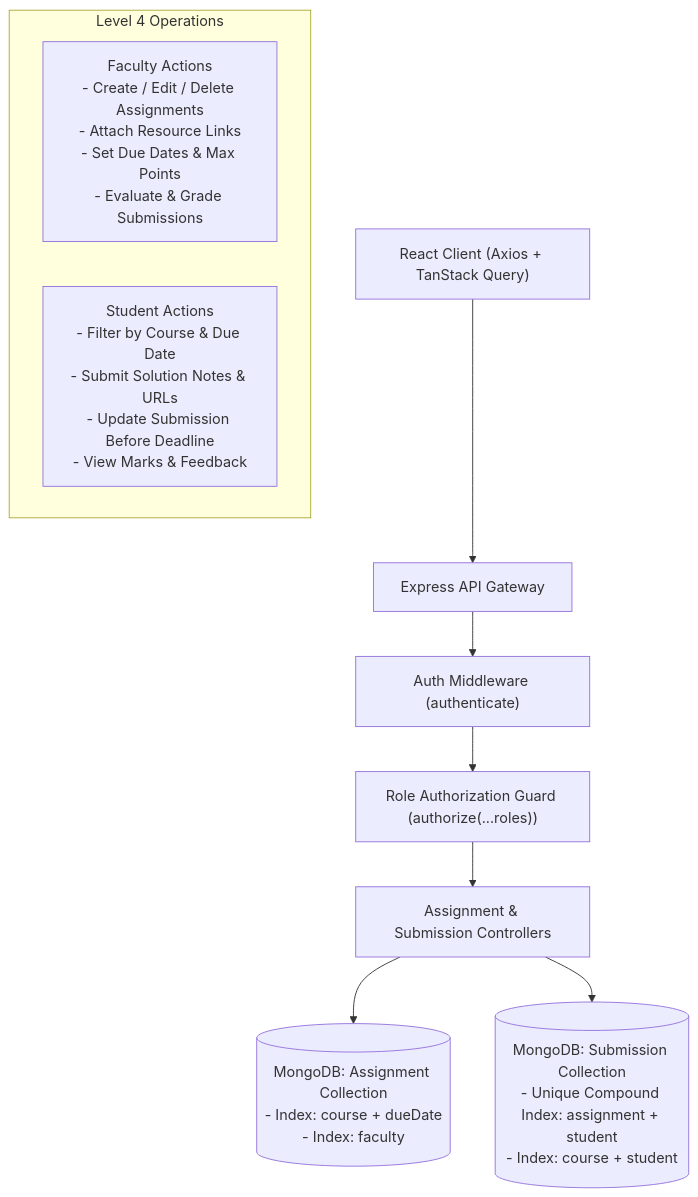
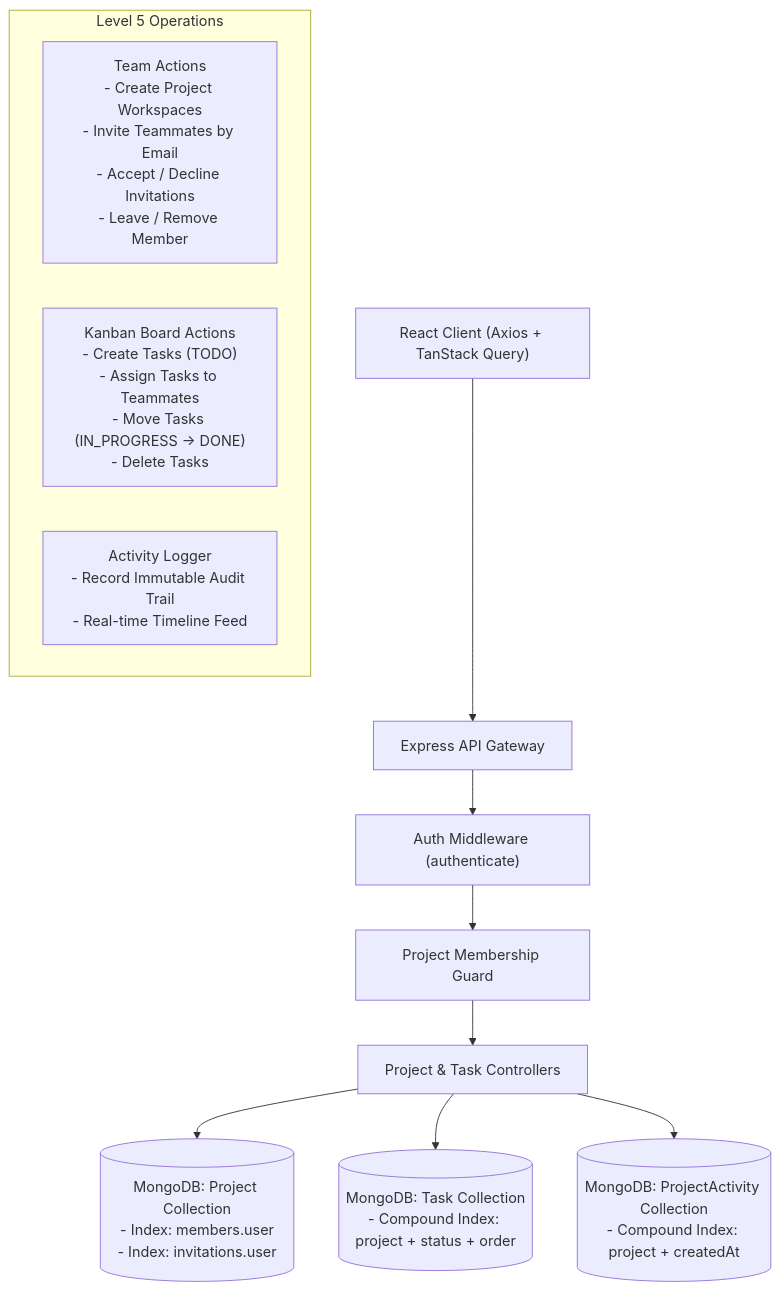
One commit to kubervaidya24-max/CAMPUSFLOW changed the first of 6 diagrams in docs/architecture.md. Above: the diagram before and after it, drawn with Mermaid. The commit also changed other lines of this file and 21 other files, not shown here.

Commit message:
feat: implement project collaboration and kanban workflow

````diff
--- a/docs/architecture.md
+++ b/docs/architecture.md
@@ -11,17 +11,19 @@
 ```mermaid
 graph TD
     Client["React Client (Axios + TanStack Query)"] --> Gateway["Express API Gateway"]
     
     Gateway --> AuthMiddleware["Auth Middleware (authenticate)"]
-    AuthMiddleware --> RoleGuard["Role Authorization Guard (authorize(...roles))"]
+    AuthMiddleware --> MembershipGuard["Project Membership Guard"]
     
-    RoleGuard --> AssignmentCtrl["Assignment & Submission Controllers"]
+    MembershipGuard --> ProjectCtrl["Project & Task Controllers"]
     
-    subgraph Operations ["Level 4 Operations"]
-        FacultyOps["Faculty Actions<br/>- Create / Edit / Delete Assignments<br/>- Attach Resource Links<br/>- Set Due Dates & Max Points<br/>- Evaluate & Grade Submissions"]
-        StudentOps["Student Actions<br/>- Filter by Course & Due Date<br/>- Submit Solution Notes & URLs<br/>- Update Submission Before Deadline<br/>- View Marks & Feedback"]
+    subgraph Operations ["Level 5 Operations"]
+        TeamOps["Team Actions<br/>- Create Project Workspaces<br/>- Invite Teammates by Email<br/>- Accept / Decline Invitations<br/>- Leave / Remove Member"]
+        KanbanOps["Kanban Board Actions<br/>- Create Tasks (TODO)<br/>- Assign Tasks to Teammates<br/>- Move Tasks (IN_PROGRESS -> DONE)<br/>- Delete Tasks"]
+        AuditOps["Activity Logger<br/>- Record Immutable Audit Trail<br/>- Real-time Timeline Feed"]
     end
     
-    AssignmentCtrl --> AssignmentModel[("MongoDB: Assignment Collection<br/>- Index: course + dueDate<br/>- Index: faculty")]
-    AssignmentCtrl --> SubmissionModel[("MongoDB: Submission Collection<br/>- Unique Compound Index: assignment + student<br/>- Index: course + student")]
+    ProjectCtrl --> ProjectModel[("MongoDB: Project Collection<br/>- Index: members.user<br/>- Index: invitations.user")]
+    ProjectCtrl --> TaskModel[("MongoDB: Task Collection<br/>- Compound Index: project + status + order")]
+    ProjectCtrl --> ActivityModel[("MongoDB: ProjectActivity Collection<br/>- Compound Index: project + createdAt")]
 ```
````
